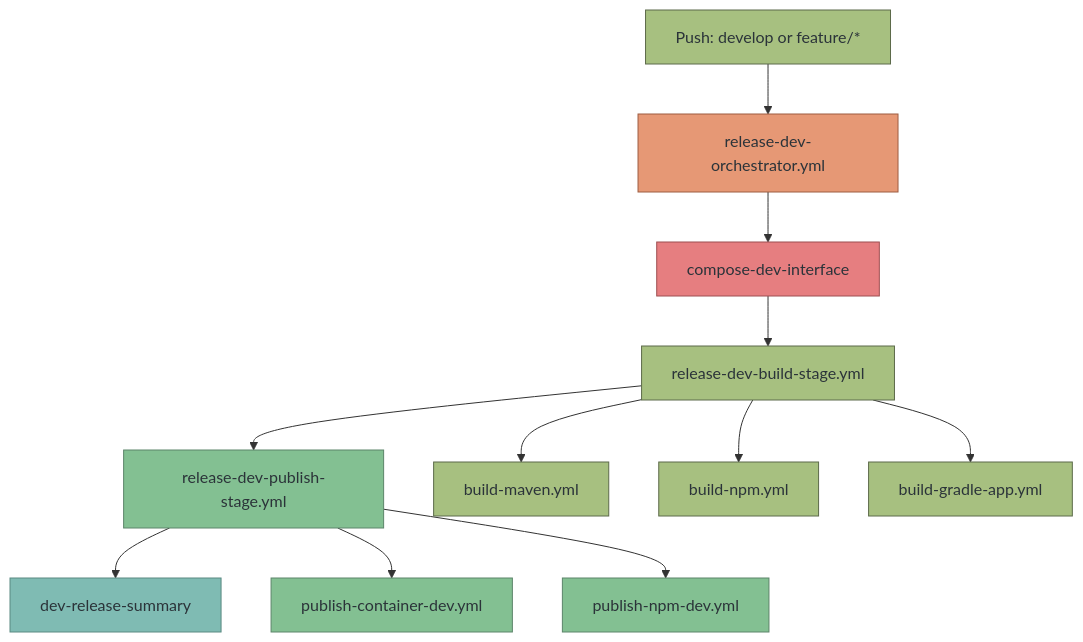
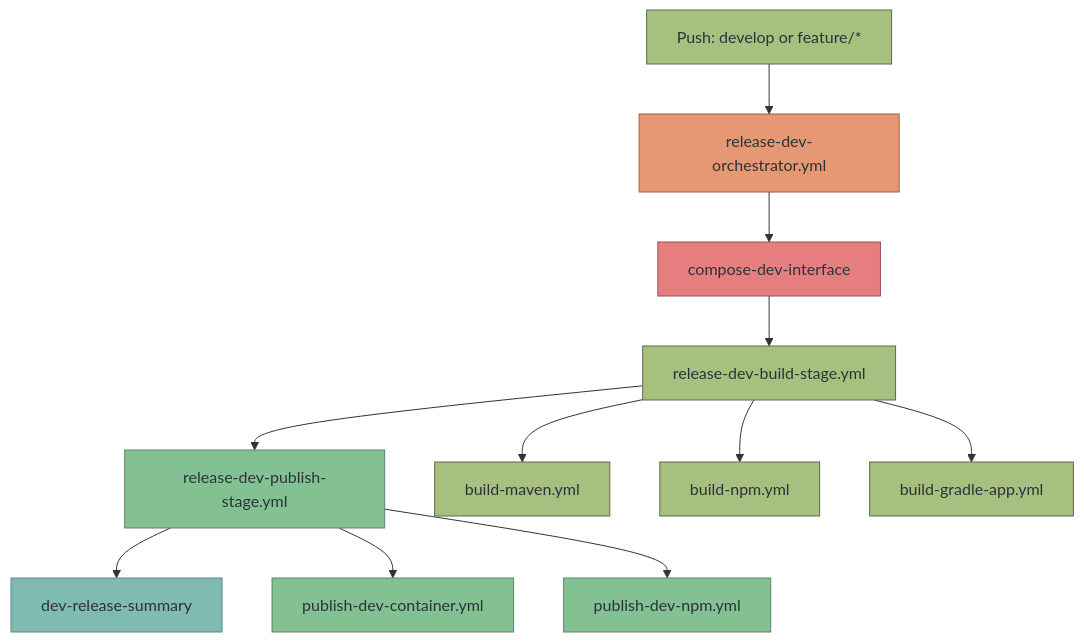
Before and after one commit to diggsweden/reusable-ci: the third of 7 diagrams in docs/workflows.md, drawn with Mermaid. The commit also changed 42 other files, not shown here.

````diff
--- a/docs/workflows.md
+++ b/docs/workflows.md
@@ -199,27 +199,27 @@
 ```mermaid
 graph TD
     A[Push: develop or feature/*] --> B[release-dev-orchestrator.yml]
     B --> C[compose-dev-interface]
     C --> D[release-dev-build-stage.yml]
     D --> E[release-dev-publish-stage.yml]
     E --> F[dev-release-summary]
 
     D --> G[build-maven.yml]
     D --> H[build-npm.yml]
     D --> I[build-gradle-app.yml]
 
-    E --> J[publish-container-dev.yml]
-    E --> K[publish-npm-dev.yml]
+    E --> J[publish-dev-container.yml]
+    E --> K[publish-dev-npm.yml]
 
     style A fill:#a7c080,stroke:#5c6a4a,color:#2b3339
     style B fill:#e69875,stroke:#9d5c41,color:#2b3339
     style C fill:#e67e80,stroke:#9d4f50,color:#2b3339
     style D fill:#a7c080,stroke:#5c6a4a,color:#2b3339
     style E fill:#83c092,stroke:#5c856a,color:#2b3339
     style F fill:#7fbbb3,stroke:#5a8a82,color:#2b3339
     style G fill:#a7c080,stroke:#5c6a4a,color:#2b3339
     style H fill:#a7c080,stroke:#5c6a4a,color:#2b3339
     style I fill:#a7c080,stroke:#5c6a4a,color:#2b3339
     style J fill:#83c092,stroke:#5c856a,color:#2b3339
     style K fill:#83c092,stroke:#5c856a,color:#2b3339
 ```
````
